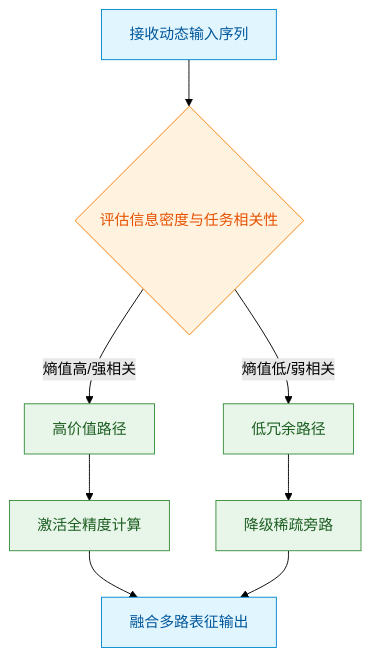
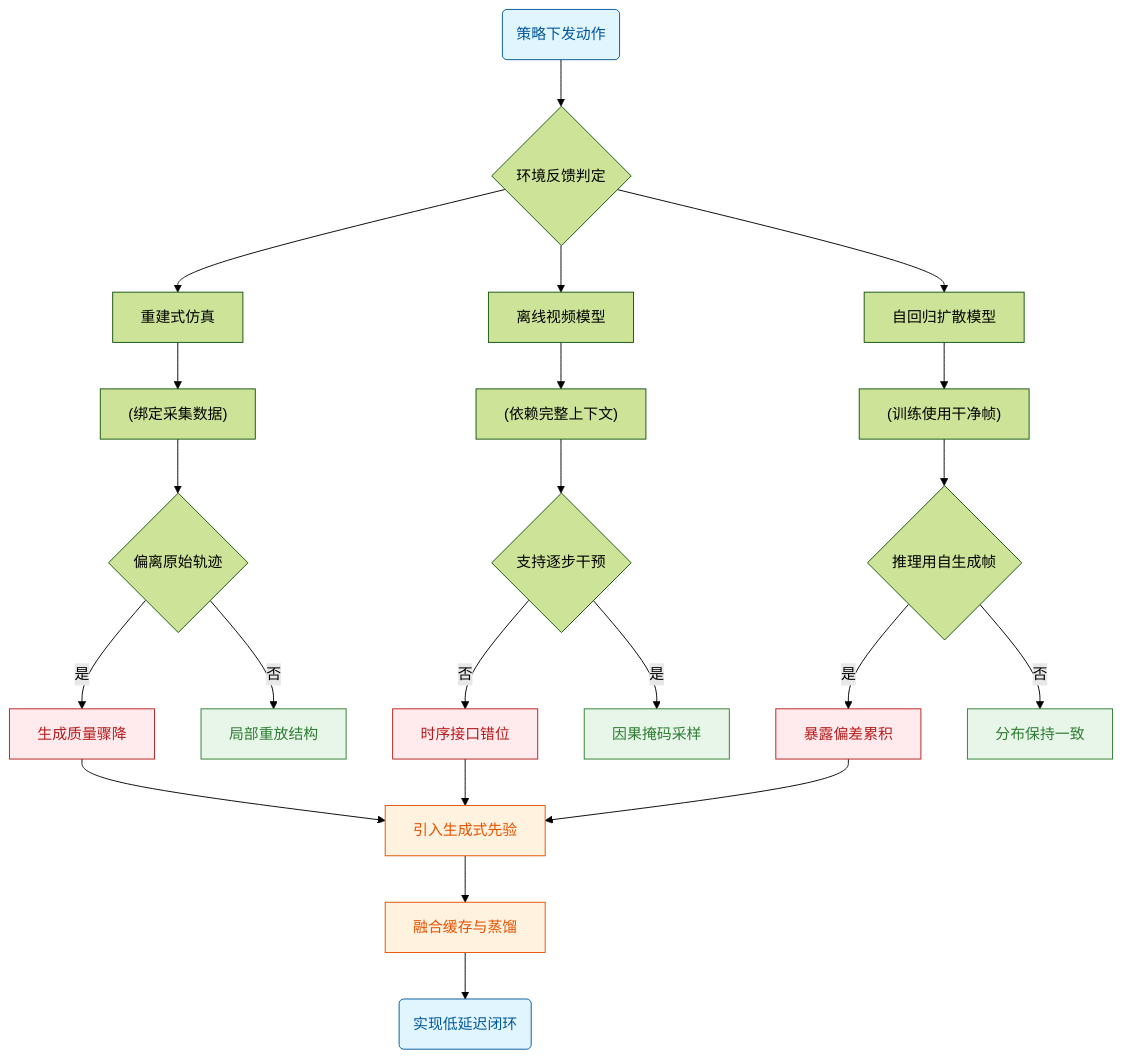
The first of 13 diagrams in person_vault/2026-06-12_OmniDreamsRealTimeGenerativeWorldModel_2606.03159/report.md (ShinewineW/paper-rolling), drawn with Mermaid (forest theme) before and after one commit. The commit also changed other lines of this file and 51 other files, not shown here.

````diff
--- a/person_vault/2026-06-12_OmniDreamsRealTimeGenerativeWorldModel_2606.03159/report.md
+++ b/person_vault/2026-06-12_OmniDreamsRealTimeGenerativeWorldModel_2606.03159/report.md
@@ -41,23 +54,32 @@
 ```mermaid
-flowchart TB
-  classDef start fill:#e1f5fe,color:#01579b,stroke:#0288d1
-  classDef decision fill:#fff3e0,color:#e65100,stroke:#f57c00
-  classDef process fill:#e8f5e9,color:#1b5e20,stroke:#388e3c
-  classDef data fill:#f3e5f5,color:#4a148c,stroke:#7b1fa2
+flowchart TD
+    classDef start fill:#e1f5fe,stroke:#01579b,color:#01579b
+    classDef fail fill:#ffebee,stroke:#b71c1c,color:#b71c1c
+    classDef pass fill:#e8f5e9,stroke:#2e7d32,color:#2e7d32
+    classDef insight fill:#fff3e0,stroke:#e65100,color:#e65100
 
-  input_stream["接收动态输入序列"]:::start
-  eval_entropy{评估信息密度与任务相关性}:::decision
-  high_value["高价值路径"]:::process
-  low_value["低冗余路径"]:::process
-  dense_compute["激活全精度计算"]:::process
-  sparse_bypass["降级稀疏旁路"]:::process
-  merge_output["融合多路表征输出"]:::start
+    policy_action(策略下发动作):::start --> env_feedback_gate{环境反馈判定}
+    env_feedback_gate --> recon_sim["重建式仿真"]
+    recon_sim --> data_anchor["(绑定采集数据)"]
+    data_anchor --> deviate_check{偏离原始轨迹}
+    deviate_check -->|是| quality_drop["生成质量骤降"]:::fail
+    deviate_check -->|否| local_replay["局部重放结构"]:::pass
 
-  input_stream --> eval_entropy
-  eval_entropy -->|熵值高/强相关| high_value
-  eval_entropy -->|熵值低/弱相关| low_value
-  high_value --> dense_compute
-  low_value --> sparse_bypass
-  dense_compute --> merge_output
-  sparse_bypass --> merge_output
+    env_feedback_gate --> offline_video["离线视频模型"]
+    offline_video --> full_context["(依赖完整上下文)"]
+    full_context --> step_intervene{支持逐步干预}
+    step_intervene -->|否| timing_mismatch["时序接口错位"]:::fail
+    step_intervene -->|是| causal_mask["因果掩码采样"]:::pass
+
+    env_feedback_gate --> auto_diff["自回归扩散模型"]
+    auto_diff --> clean_context["(训练使用干净帧)"]
+    clean_context --> self_gen_out{推理用自生成帧}
+    self_gen_out -->|是| exposure_bias["暴露偏差累积"]:::fail
+    self_gen_out -->|否| dist_match["分布保持一致"]:::pass
+
+    quality_drop --> inject_prior["引入生成式先验"]:::insight
+    timing_mismatch --> inject_prior
+    exposure_bias --> inject_prior
+    inject_prior --> fuse_cache_distill["融合缓存与蒸馏"]:::insight
+    fuse_cache_distill --> closed_loop_ready(实现低延迟闭环):::start
 ```
````
